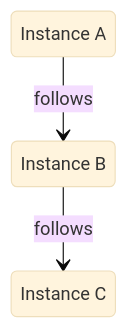
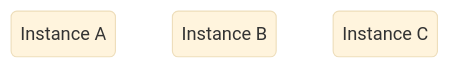
One commit to maybeanerd/iu-tech-talk changed the first of 7 diagrams in slides.md. Above: the diagram before and after it, drawn with Mermaid (base theme). The commit also changed other lines of this file, not shown here.

````diff
--- a/slides.md
+++ b/slides.md
@@ -282,9 +283,6 @@
 ```mermaid
 stateDiagram-v2
   state "Instance A" as A
   state "Instance B" as B
   state "Instance C" as C
- 
-  A --> B: follows
-  B --> C: follows
 ```
````
